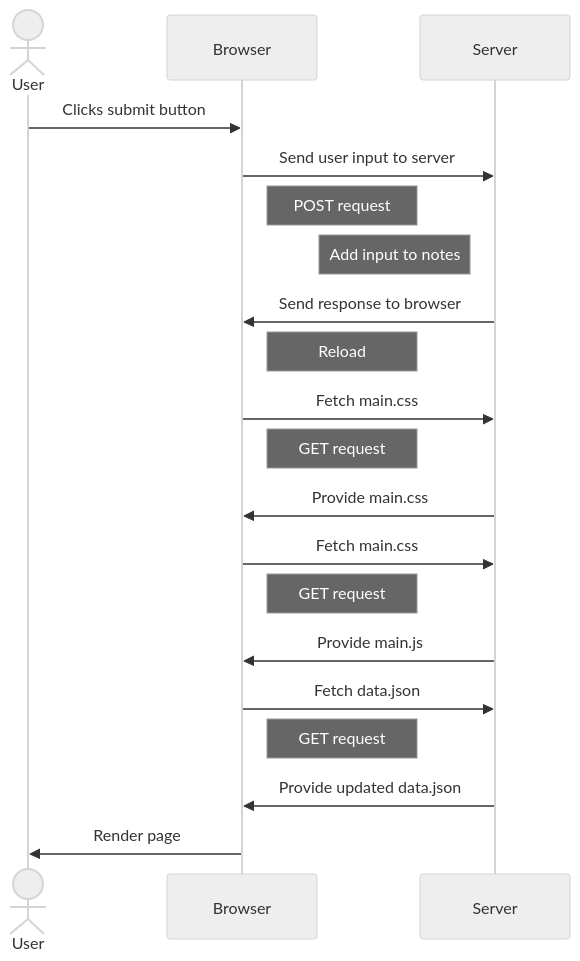
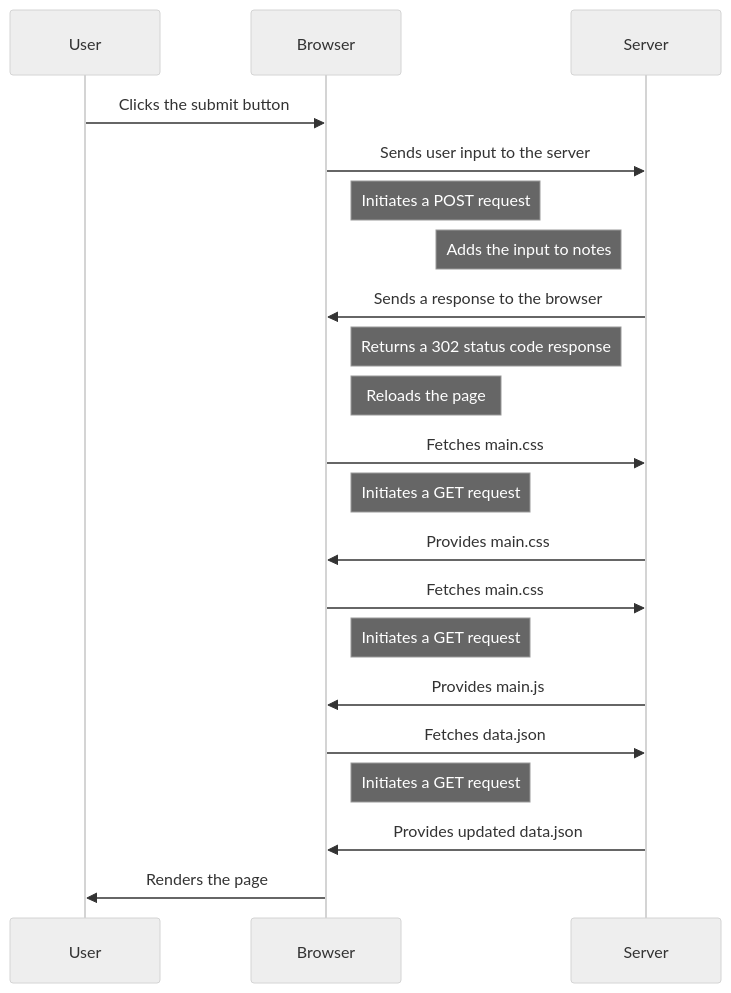
The diagram in part0/Exercise 0.4 New note.md (Yenya14/fullstackopen), drawn with Mermaid (neutral theme) before and after one commit. The commit also changed 2 other files, not shown here.

Commit message:
updating changes for part0

````diff
--- a/part0/Exercise 0.4 New note.md
+++ b/part0/Exercise 0.4 New note.md
@@ -1,22 +1,25 @@
 ```mermaid
 sequenceDiagram
-    actor User
-    
-    User->>Browser: Clicks submit button
-    Browser->>Server: Send user input to server
-    Note right of Browser: POST request
-    Note left of Server: Add input to notes
-    Server->>Browser: Send response to browser
-    Note right of Browser: Reload
-    Browser->>Server: Fetch main.css
-    Note right of Browser: GET request
-    Server->>Browser: Provide main.css
-    Browser->>Server: Fetch main.css
-    Note right of Browser: GET request
-    Server->>Browser: Provide main.js
-    Browser->>Server: Fetch data.json
-    Note right of Browser: GET request
-    Server->>Browser: Provide updated data.json
-    Browser->>User: Render page
+    participant U as User
+    participant B as Browser
+    participant S as Server
+
+    U->>B: Clicks the submit button
+    B->>S: Sends user input to the server
+    Note right of B: Initiates a POST request
+    Note left of S: Adds the input to notes
+    S->>B: Sends a response to the browser
+    Note left of S: Returns a 302 status code response
+    Note right of B: Reloads the page
+    B->>S: Fetches main.css
+    Note right of B: Initiates a GET request
+    S->>B: Provides main.css
+    B->>S: Fetches main.css
+    Note right of B: Initiates a GET request
+    S->>B: Provides main.js
+    B->>S: Fetches data.json
+    Note right of B: Initiates a GET request
+    S->>B: Provides updated data.json
+    B->>U: Renders the page
 
 ```
````
